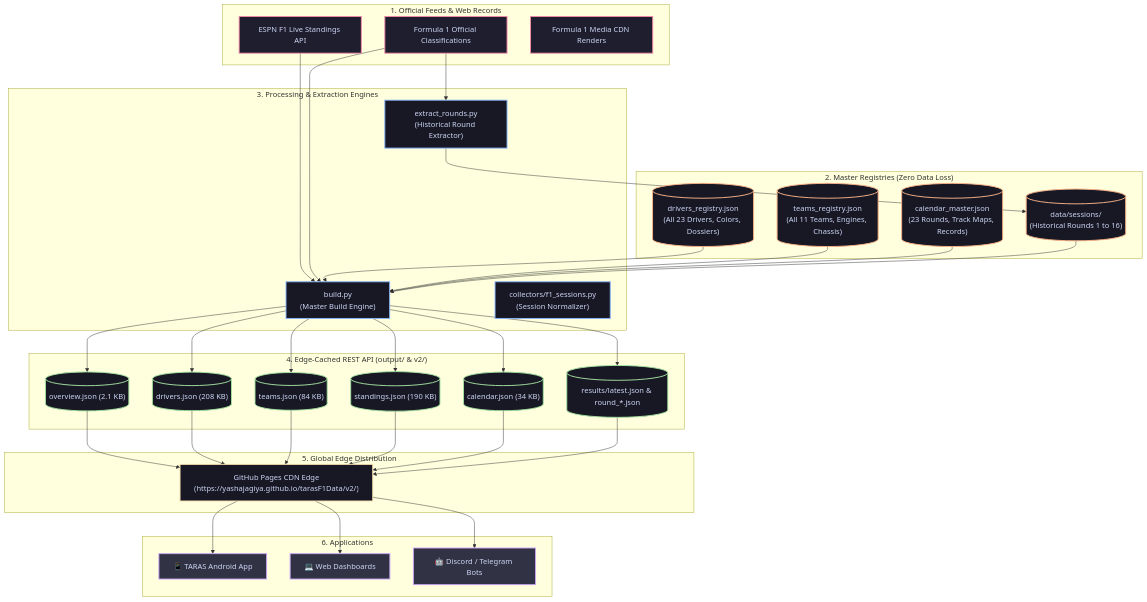
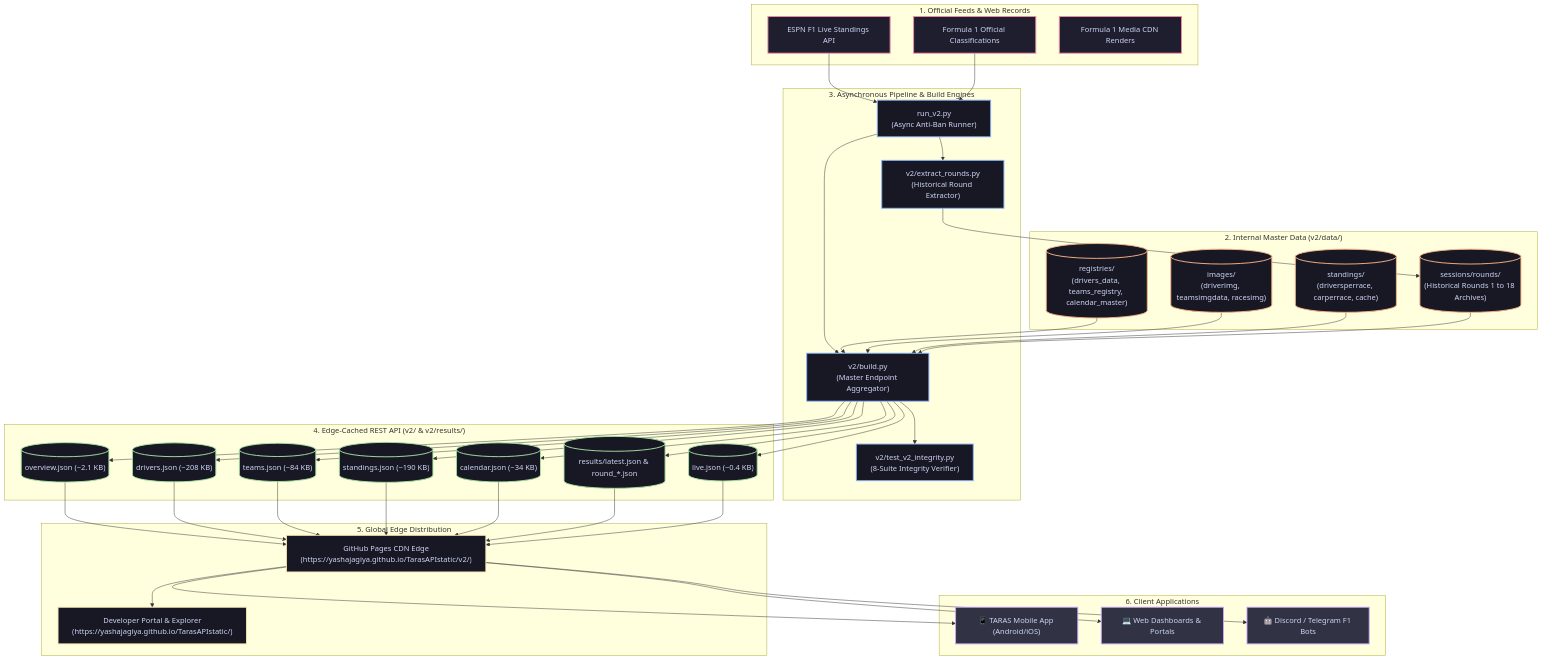
The diagram in README.md (yashajagiya/TarasAPIstatic), drawn with Mermaid before and after one commit. The commit also changed other lines of this file and 6 other files, not shown here.

Commit message:
docs: modernize README, architecture, and portal with GitHub Pages CDN URLs and developer-first UI

````diff
--- a/README.md
+++ b/README.md
@@ -189,56 +204,61 @@
 ```mermaid
 flowchart TD
     %% Styling
     classDef sourceStyle fill:#1e1e2e,stroke:#f38ba8,stroke-width:2px,color:#cdd6f4;
     classDef actionStyle fill:#181825,stroke:#89b4fa,stroke-width:2px,color:#cdd6f4;
     classDef masterStyle fill:#181825,stroke:#fab387,stroke-width:2px,color:#cdd6f4;
     classDef storageStyle fill:#181825,stroke:#a6e3a1,stroke-width:2px,color:#cdd6f4;
     classDef cdnStyle fill:#181825,stroke:#f9e2af,stroke-width:2px,color:#cdd6f4;
     classDef clientStyle fill:#313244,stroke:#cba6f7,stroke-width:2px,color:#cdd6f4;
 
     subgraph Sources ["1. Official Feeds & Web Records"]
         S1["ESPN F1 Live Standings API"]:::sourceStyle
         S2["Formula 1 Official Classifications"]:::sourceStyle
         S3["Formula 1 Media CDN Renders"]:::sourceStyle
     end
 
-    subgraph Registries ["2. Master Registries (Zero Data Loss)"]
-        R1[("drivers_registry.json\n(All 23 Drivers, Colors, Dossiers)")]:::masterStyle
-        R2[("teams_registry.json\n(All 11 Teams, Engines, Chassis)")]:::masterStyle
-        R3[("calendar_master.json\n(23 Rounds, Track Maps, Records)")]:::masterStyle
-        R4[("data/sessions/\n(Historical Rounds 1 to 16)")]:::masterStyle
+    subgraph Registries ["2. Internal Master Data (v2/data/)"]
+        R1[("registries/\n(drivers_data, teams_registry, calendar_master)")]:::masterStyle
+        R2[("images/\n(driverimg, teamsimgdata, racesimg)")]:::masterStyle
+        R3[("standings/\n(driversperrace, carperrace, cache)")]:::masterStyle
+        R4[("sessions/rounds/\n(Historical Rounds 1 to 18 Archives)")]:::masterStyle
     end
 
-    subgraph Engines ["3. Processing & Extraction Engines"]
-        BUILD["build.py\n(Master Build Engine)"]:::actionStyle
-        EXTRACT["extract_rounds.py\n(Historical Round Extractor)"]:::actionStyle
-        SESS["collectors/f1_sessions.py\n(Session Normalizer)"]:::actionStyle
+    subgraph Engines ["3. Asynchronous Pipeline & Build Engines"]
+        RUN["run_v2.py\n(Async Anti-Ban Runner)"]:::actionStyle
+        BUILD["v2/build.py\n(Master Endpoint Aggregator)"]:::actionStyle
+        EXTRACT["v2/extract_rounds.py\n(Historical Round Extractor)"]:::actionStyle
+        TEST["v2/test_v2_integrity.py\n(8-Suite Integrity Verifier)"]:::actionStyle
     end
 
-    subgraph Endpoints ["4. Edge-Cached REST API (output/ & v2/)"]
-        E1[("overview.json (2.1 KB)")]:::storageStyle
-        E2[("drivers.json (208 KB)")]:::storageStyle
-        E3[("teams.json (84 KB)")]:::storageStyle
-        E4[("standings.json (190 KB)")]:::storageStyle
-        E5[("calendar.json (34 KB)")]:::storageStyle
+    subgraph Endpoints ["4. Edge-Cached REST API (v2/ & v2/results/)"]
+        E1[("overview.json (~2.1 KB)")]:::storageStyle
+        E2[("drivers.json (~208 KB)")]:::storageStyle
+        E3[("teams.json (~84 KB)")]:::storageStyle
+        E4[("standings.json (~190 KB)")]:::storageStyle
+        E5[("calendar.json (~34 KB)")]:::storageStyle
         E6[("results/latest.json & round_*.json")]:::storageStyle
+        E7[("live.json (~0.4 KB)")]:::storageStyle
     end
 
     subgraph CDN ["5. Global Edge Distribution"]
-        GH["GitHub Pages CDN Edge\n(https://yashajagiya.github.io/tarasF1Data/v2/)"]:::cdnStyle
+        GH["GitHub Pages CDN Edge\n(https://yashajagiya.github.io/TarasAPIstatic/v2/)"]:::cdnStyle
+        PORTAL["Developer Portal & Explorer\n(https://yashajagiya.github.io/TarasAPIstatic/)"]:::cdnStyle
     end
 
-    subgraph Clients ["6. Applications"]
-        C1["📱 TARAS Android App"]:::clientStyle
-        C2["💻 Web Dashboards"]:::clientStyle
-        C3["🤖 Discord / Telegram Bots"]:::clientStyle
+    subgraph Clients ["6. Client Applications"]
+        C1["📱 TARAS Mobile App (Android/iOS)"]:::clientStyle
+        C2["💻 Web Dashboards & Portals"]:::clientStyle
+        C3["🤖 Discord / Telegram F1 Bots"]:::clientStyle
     end
 
-    S1 & S2 --> BUILD
-    S2 --> EXTRACT
+    S1 & S2 --> RUN
+    RUN --> EXTRACT & BUILD
     EXTRACT --> R4
     R1 & R2 & R3 & R4 --> BUILD
-    BUILD --> E1 & E2 & E3 & E4 & E5 & E6
-    E1 & E2 & E3 & E4 & E5 & E6 --> GH
+    BUILD --> E1 & E2 & E3 & E4 & E5 & E6 & E7
+    BUILD --> TEST
+    E1 & E2 & E3 & E4 & E5 & E6 & E7 --> GH
+    GH --> PORTAL
     GH --> C1 & C2 & C3
 ```
````
